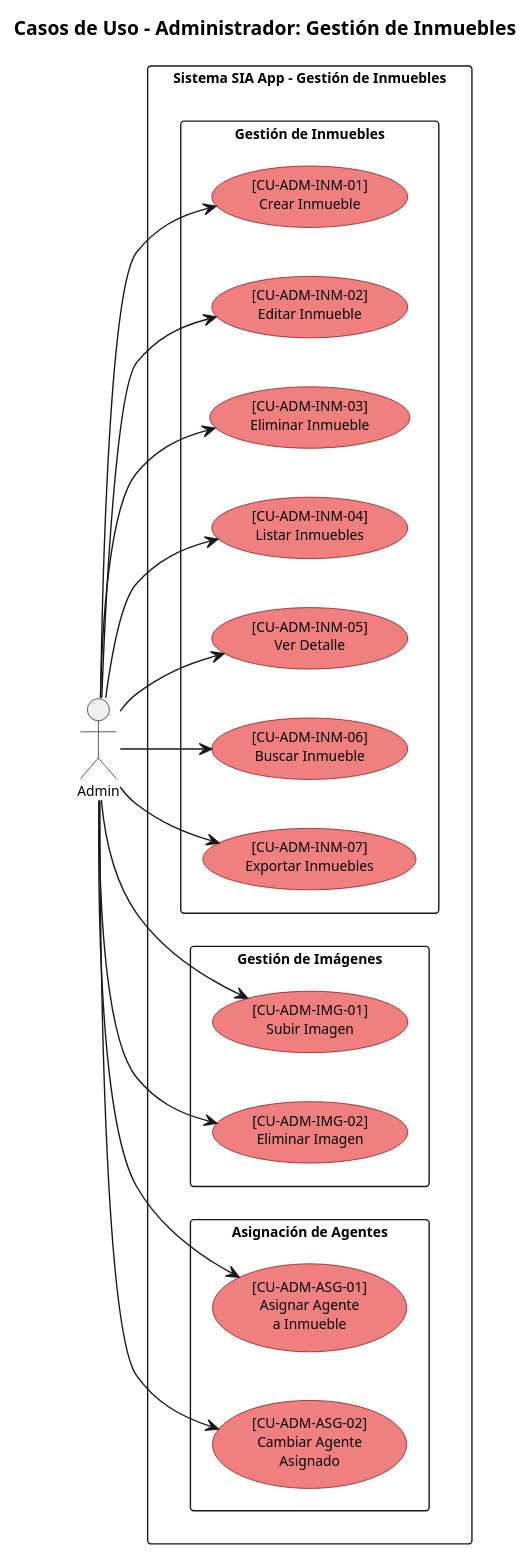
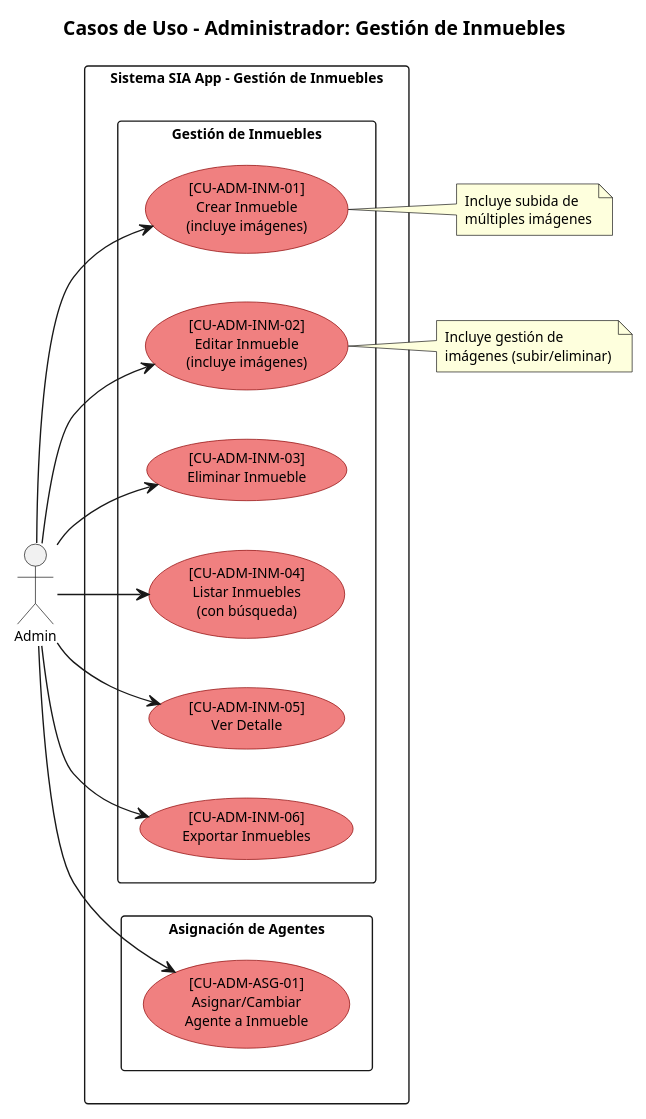
Before and after one commit to j4ntill3/sia_app: the fourth of 8 diagrams in documentation/CASOS_USO.puml, drawn with PlantUML. The commit also changed other lines of this file and 24 other files, not shown here.

```diff
--- a/documentation/CASOS_USO.puml
+++ b/documentation/CASOS_USO.puml
@@ -124,56 +118,55 @@
 @startuml CASOS_USO_ADMIN_INMUEBLES
 
 skinparam usecase {
   BackgroundColor LightCoral
   BorderColor DarkRed
   FontSize 10
 }
 
 skinparam actor {
   FontSize 11
 }
 
 skinparam packageStyle rectangle
 skinparam defaultFontSize 10
 left to right direction
 
 title Casos de Uso - Administrador: Gestión de Inmuebles
 
 actor "Admin" as Admin
 
 rectangle "Sistema SIA App - Gestión de Inmuebles" {
 
   package "Gestión de Inmuebles" {
-    usecase "[CU-ADM-INM-01]\nCrear Inmueble" as UC_CreateProperty
-    usecase "[CU-ADM-INM-02]\nEditar Inmueble" as UC_UpdateProperty
+    usecase "[CU-ADM-INM-01]\nCrear Inmueble\n(incluye imágenes)" as UC_CreateProperty
+    usecase "[CU-ADM-INM-02]\nEditar Inmueble\n(incluye imágenes)" as UC_UpdateProperty
     usecase "[CU-ADM-INM-03]\nEliminar Inmueble" as UC_DeleteProperty
-    usecase "[CU-ADM-INM-04]\nListar Inmuebles" as UC_ListProperties
+    usecase "[CU-ADM-INM-04]\nListar Inmuebles\n(con búsqueda)" as UC_ListProperties
     usecase "[CU-ADM-INM-05]\nVer Detalle" as UC_ViewProperty
-    usecase "[CU-ADM-INM-06]\nBuscar Inmueble" as UC_SearchProperties
-    usecase "[CU-ADM-INM-07]\nExportar Inmuebles" as UC_ExportProperties
-  }
-
-  package "Gestión de Imágenes" {
-    usecase "[CU-ADM-IMG-01]\nSubir Imagen" as UC_UploadImage
-    usecase "[CU-ADM-IMG-02]\nEliminar Imagen" as UC_DeleteImage
+    usecase "[CU-ADM-INM-06]\nExportar Inmuebles" as UC_ExportProperties
   }
 
   package "Asignación de Agentes" {
-    usecase "[CU-ADM-ASG-01]\nAsignar Agente\na Inmueble" as UC_AssignAgent
-    usecase "[CU-ADM-ASG-02]\nCambiar Agente\nAsignado" as UC_ChangeAgent
+    usecase "[CU-ADM-ASG-01]\nAsignar/Cambiar\nAgente a Inmueble" as UC_AssignAgent
   }
 }
 
 Admin --> UC_CreateProperty
 Admin --> UC_UpdateProperty
 Admin --> UC_DeleteProperty
 Admin --> UC_ListProperties
 Admin --> UC_ViewProperty
-Admin --> UC_SearchProperties
 Admin --> UC_ExportProperties
-Admin --> UC_UploadImage
-Admin --> UC_DeleteImage
 Admin --> UC_AssignAgent
-Admin --> UC_ChangeAgent
+
+note right of UC_CreateProperty
+  Incluye subida de
+  múltiples imágenes
+end note
+
+note right of UC_UpdateProperty
+  Incluye gestión de
+  imágenes (subir/eliminar)
+end note
 
 @enduml
```
